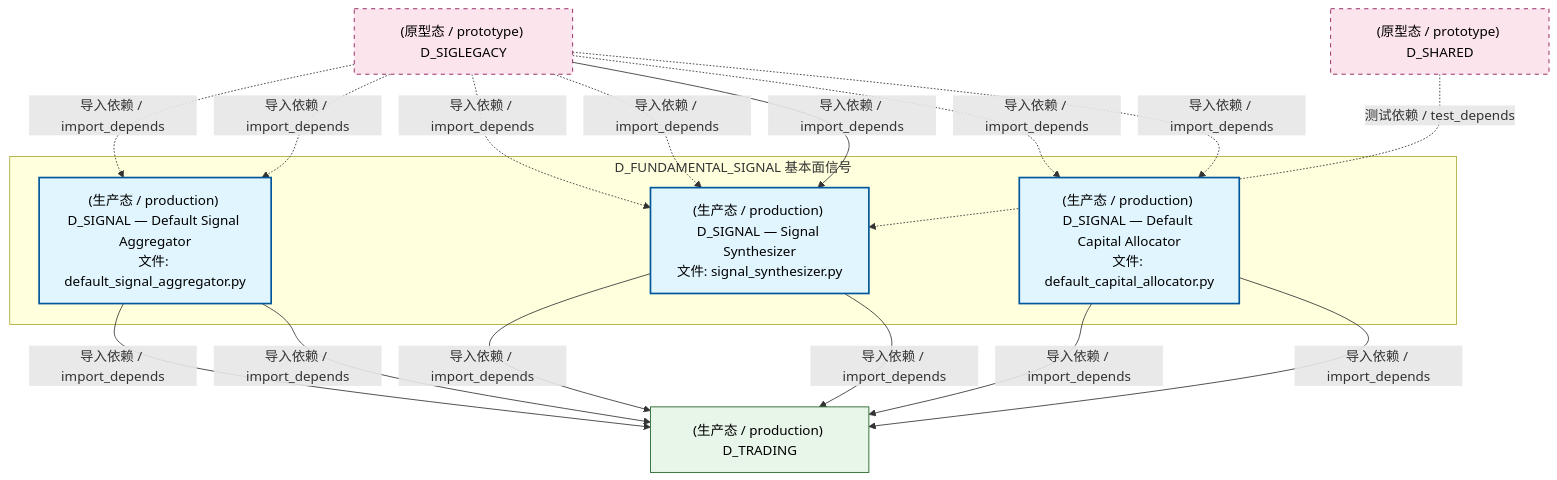
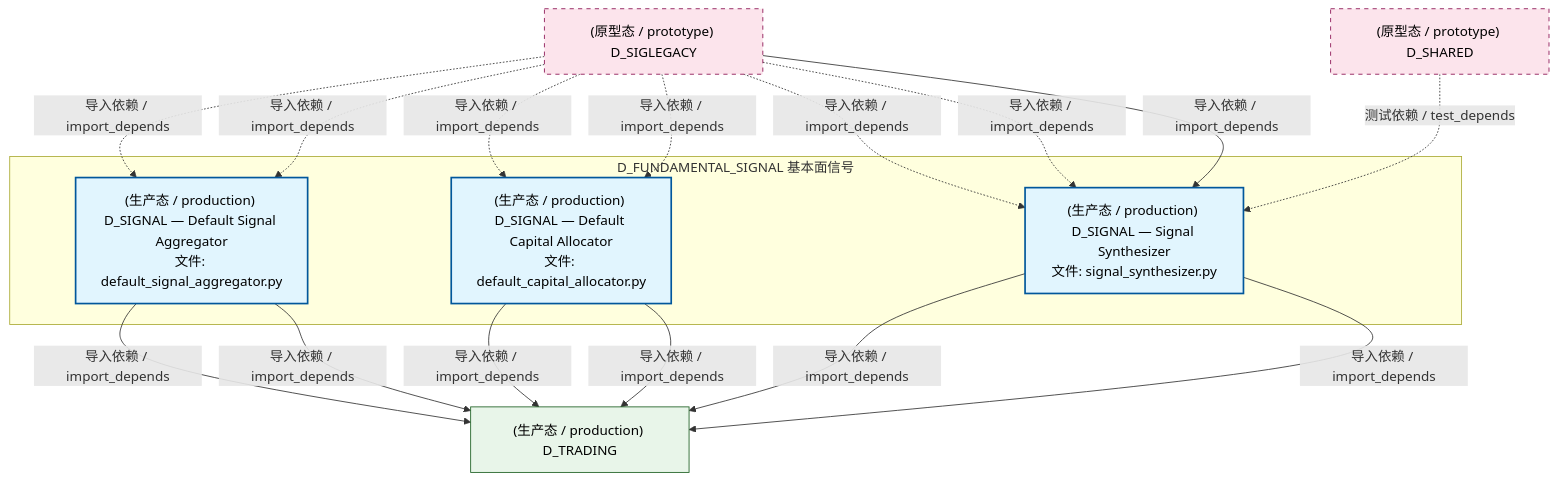
Before and after one commit to xuanFelixVan/ZephyrAlpha: the second of 4 diagrams in docs/02_enterprise_architecture/02_domain_architecture_docs/37_d_fundamental_signal.md, drawn with Mermaid. The commit also changed other lines of this file and 125 other files, not shown here.

````diff
--- a/docs/02_enterprise_architecture/02_domain_architecture_docs/37_d_fundamental_signal.md
+++ b/docs/02_enterprise_architecture/02_domain_architecture_docs/37_d_fundamental_signal.md
@@ -134,32 +134,32 @@
 ```mermaid
 graph TD
     subgraph D_FUNDAMENTAL_SIGNAL["D_FUNDAMENTAL_SIGNAL 基本面信号"]
         src_zephyr_signal_fundamental_gen_implementations_default_signal_aggregator_py["(生产态 / production) D_SIGNAL — Default Signal Aggregator<br/>文件: default_signal_aggregator.py"]
         src_zephyr_signal_fundamental_strategy_implementations_default_capital_allocator_py["(生产态 / production) D_SIGNAL — Default Capital Allocator<br/>文件: default_capital_allocator.py"]
         src_zephyr_signal_fundamental_synth_signal_synthesizer_py["(生产态 / production) D_SIGNAL — Signal Synthesizer<br/>文件: signal_synthesizer.py"]
     end
     D_TRADING["(生产态 / production) D_TRADING"]
     src_zephyr_signal_fundamental_gen_implementations_default_signal_aggregator_py -->|导入依赖 / import_depends| D_TRADING
     src_zephyr_signal_fundamental_synth_signal_synthesizer_py -->|导入依赖 / import_depends| D_TRADING
     src_zephyr_signal_fundamental_strategy_implementations_default_capital_allocator_py -->|导入依赖 / import_depends| D_TRADING
     src_zephyr_signal_fundamental_strategy_implementations_default_capital_allocator_py -->|导入依赖 / import_depends| D_TRADING
+    src_zephyr_signal_fundamental_gen_implementations_default_signal_aggregator_py -->|导入依赖 / import_depends| D_TRADING
     src_zephyr_signal_fundamental_synth_signal_synthesizer_py -->|导入依赖 / import_depends| D_TRADING
-    src_zephyr_signal_fundamental_gen_implementations_default_signal_aggregator_py -->|导入依赖 / import_depends| D_TRADING
     D_SIGLEGACY["(原型态 / prototype) D_SIGLEGACY"]
     D_SIGLEGACY -.->|导入依赖 / import_depends| src_zephyr_signal_fundamental_gen_implementations_default_signal_aggregator_py
     D_SIGLEGACY -.->|导入依赖 / import_depends| src_zephyr_signal_fundamental_gen_implementations_default_signal_aggregator_py
+    D_SIGLEGACY -.->|导入依赖 / import_depends| src_zephyr_signal_fundamental_strategy_implementations_default_capital_allocator_py
+    D_SIGLEGACY -.->|导入依赖 / import_depends| src_zephyr_signal_fundamental_strategy_implementations_default_capital_allocator_py
     D_SIGLEGACY -.->|导入依赖 / import_depends| src_zephyr_signal_fundamental_synth_signal_synthesizer_py
     D_SIGLEGACY -.->|导入依赖 / import_depends| src_zephyr_signal_fundamental_synth_signal_synthesizer_py
     D_SIGLEGACY -->|导入依赖 / import_depends| src_zephyr_signal_fundamental_synth_signal_synthesizer_py
     D_SHARED["(原型态 / prototype) D_SHARED"]
     D_SHARED -.->|测试依赖 / test_depends| src_zephyr_signal_fundamental_synth_signal_synthesizer_py
-    D_SIGLEGACY -.->|导入依赖 / import_depends| src_zephyr_signal_fundamental_strategy_implementations_default_capital_allocator_py
-    D_SIGLEGACY -.->|导入依赖 / import_depends| src_zephyr_signal_fundamental_strategy_implementations_default_capital_allocator_py
     classDef production fill:#e1f5fe,stroke:#01579b,stroke-width:2px,color:#000
     classDef design fill:#fff3e0,stroke:#e65100,stroke-width:2px,color:#000,stroke-dasharray: 5 5
     classDef external_prod fill:#e8f5e9,stroke:#1b5e20,stroke-width:1px,color:#000
     classDef external_design fill:#fce4ec,stroke:#880e4f,stroke-width:1px,color:#000,stroke-dasharray: 5 5
     class src_zephyr_signal_fundamental_gen_implementations_default_signal_aggregator_py,src_zephyr_signal_fundamental_strategy_implementations_default_capital_allocator_py,src_zephyr_signal_fundamental_synth_signal_synthesizer_py production
     class D_TRADING external_prod
     class D_SIGLEGACY,D_SHARED external_design
 ```
````
